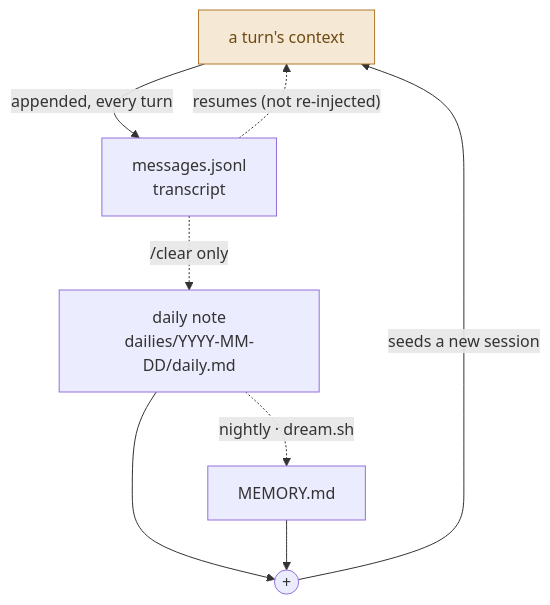
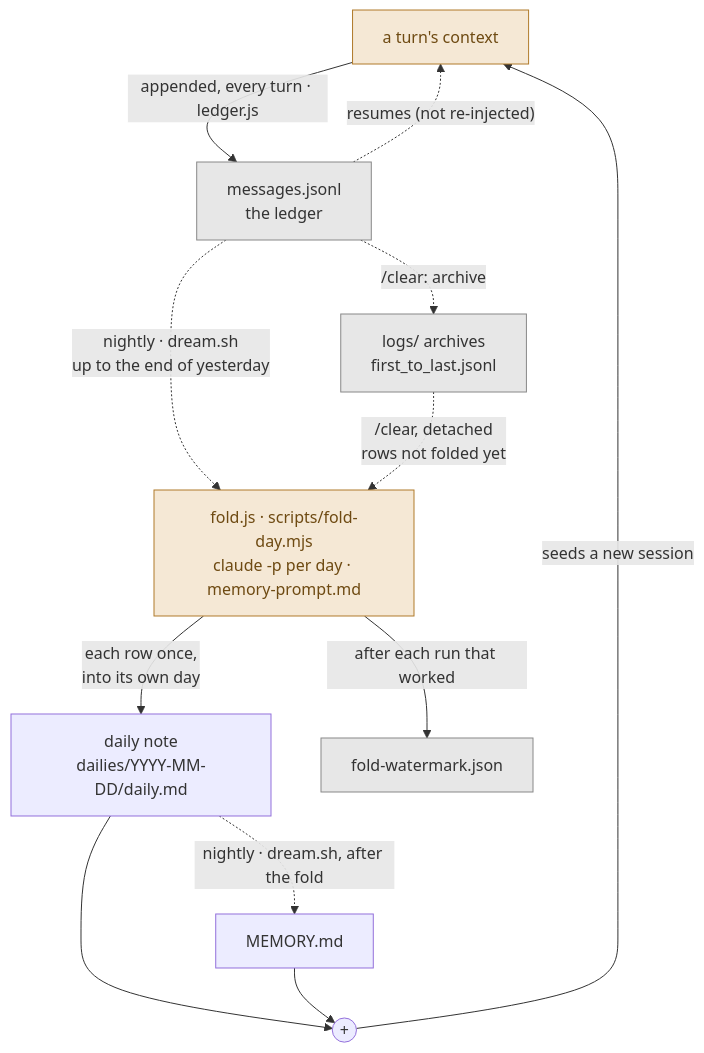
Before and after one commit to KubaJerz/alfred-node: the seventh of 7 diagrams in SYSTEM-MAP.md, drawn with Mermaid. The commit also changed other lines of this file and 10 other files, not shown here.

First line of the commit message:
feat: fold each day's chat into its own daily note

````diff
--- a/SYSTEM-MAP.md
+++ b/SYSTEM-MAP.md
@@ -630,12 +647,18 @@
 ```mermaid
 flowchart TD
-    CTX["a turn's context"] -->|"appended, every turn"| LIVE["messages.jsonl<br/>transcript"]
+    CTX["a turn's context"] -->|"appended, every turn · ledger.js"| LIVE["messages.jsonl<br/>the ledger"]
     LIVE -.->|"resumes (not re-injected)"| CTX
-    LIVE -.->|"/clear only"| DAILY["daily note<br/>dailies/YYYY-MM-DD/daily.md"]
-    DAILY -.->|"nightly · dream.sh"| MEM["MEMORY.md"]
+    LIVE -.->|"/clear: archive"| ARCH["logs/ archives<br/>first_to_last.jsonl"]
+    LIVE -.->|"nightly · dream.sh<br/>up to the end of yesterday"| FOLD["fold.js · scripts/fold-day.mjs<br/>claude -p per day · memory-prompt.md"]
+    ARCH -.->|"/clear, detached<br/>rows not folded yet"| FOLD
+    FOLD -->|"each row once,<br/>into its own day"| DAILY["daily note<br/>dailies/YYYY-MM-DD/daily.md"]
+    FOLD -->|"after each run that worked"| WM["fold-watermark.json"]
+    DAILY -.->|"nightly · dream.sh, after the fold"| MEM["MEMORY.md"]
     DAILY --> PLUS(("+"))
     MEM --> PLUS
     PLUS -->|"seeds a new session"| CTX
     classDef agent fill:#f5e8d5,stroke:#b07a2a,color:#6e4a12
-    class CTX agent
+    classDef store fill:#e7e7e7,stroke:#888,color:#333
+    class CTX,FOLD agent
+    class LIVE,ARCH,WM store
 ```
````
